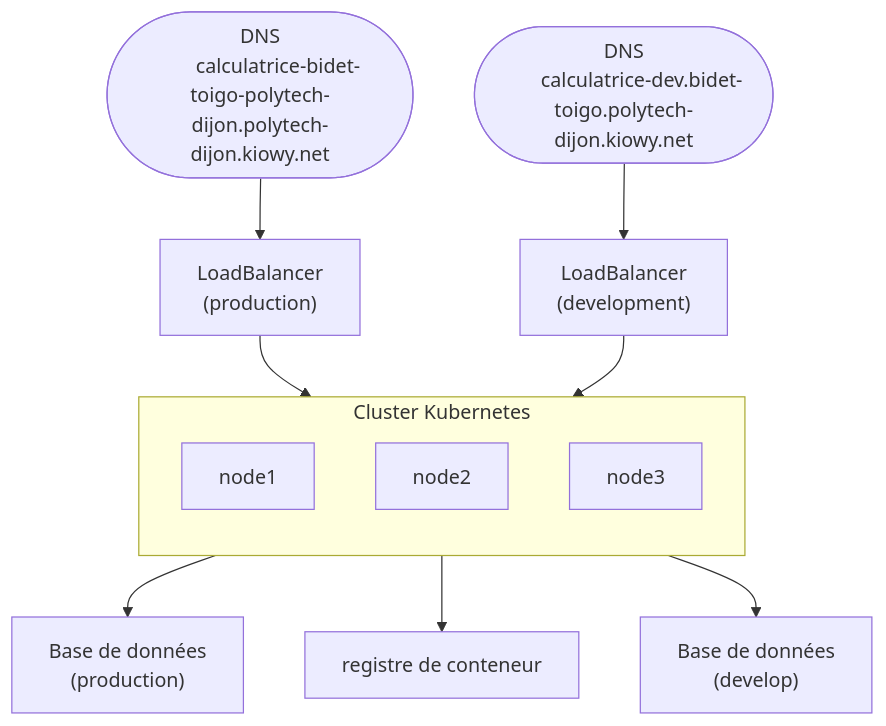
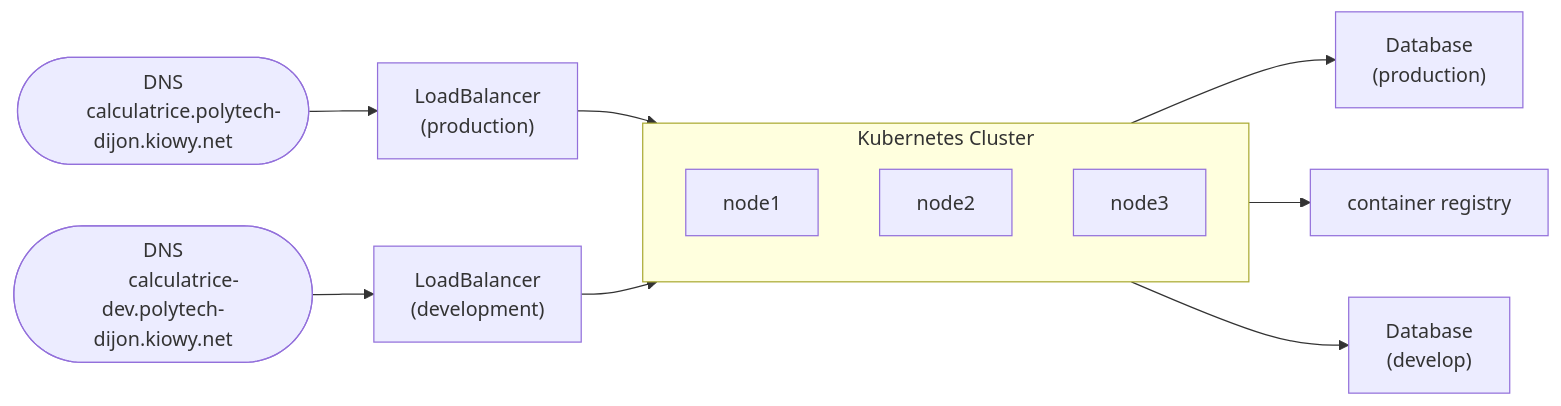
Before and after one commit to Nathan-Toigo/FakeWorks: the first of 2 diagrams in foundation/README.md, drawn with Mermaid. The commit also changed other lines of this file, not shown here.

Commit message:
Add detailed architecture diagram and resource descriptions to README

````diff
--- a/foundation/README.md
+++ b/foundation/README.md
@@ -277,22 +5,22 @@
 ```mermaid
- graph
-  subgraph k8s ["Cluster Kubernetes"]
+graph LR
+  subgraph k8s ["Kubernetes Cluster"]
     direction TB
     node1
     node2
     node3
   end
   lbA["LoadBalancer
         (production)"] --> k8s
   lbB["LoadBalancer
         (development)"]  --> k8s
   dns1(["DNS
-        calculatrice-dev.bidet-toigo.polytech-dijon.kiowy.net"]) --> lbB
+        calculatrice-dev.polytech-dijon.kiowy.net"]) --> lbB
   dns2(["DNS
-        calculatrice-bidet-toigo-polytech-dijon.polytech-dijon.kiowy.net"]) --> lbA
-  k8s --> db["Base de données
+        calculatrice.polytech-dijon.kiowy.net"]) --> lbA
+  k8s --> db["Database
               (production)"]
-  k8s --> reg[registre de conteneur]
-  k8s --> db2["Base de données
+  k8s --> reg[container registry]
+  k8s --> db2["Database
               (develop)"]
 ```
````
